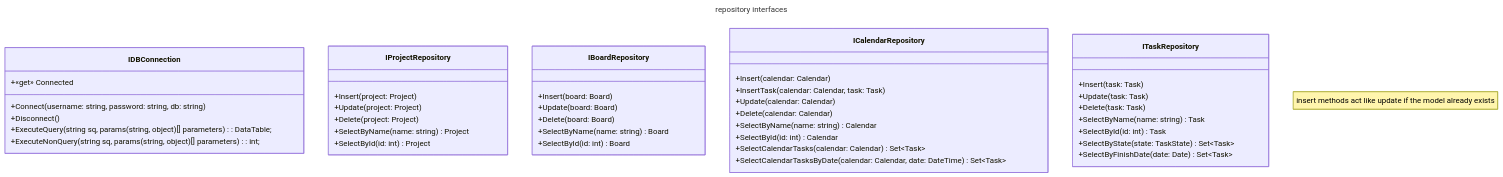
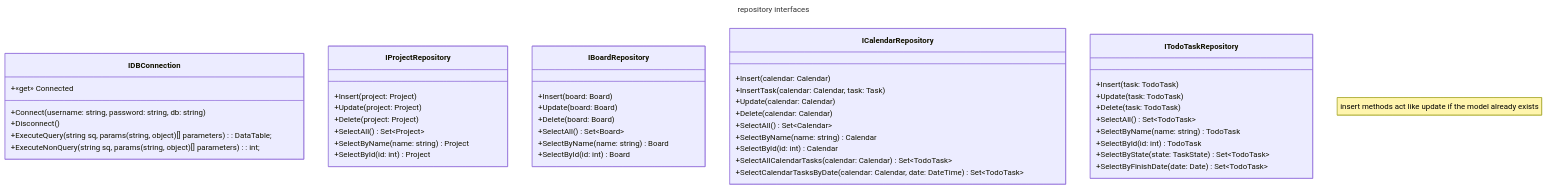
The diagram in docs/uml/Domain/Repository.md (tadeas223/todo_list), drawn with Mermaid before and after one commit. The commit also changed 7 other files, not shown here.

Commit message:
renamed Task to TodoTask

````diff
--- a/docs/uml/Domain/Repository.md
+++ b/docs/uml/Domain/Repository.md
@@ -1,67 +1,71 @@
 ```mermaid
 ---
 title: repository interfaces
 ---
 
 classDiagram
 
     class IDBConnection
     class IProjectRepository
     class IBoardRepository
     class ICalendarRepository
-    class ITaskRepository
+    class ITodoTaskRepository
 
     note "insert methods act like update if the model already exists"
 
     class IDBConnection {
         +«get» Connected
         +Connect(username: string, password: string, db: string)
         +Disconnect()
         +ExecuteQuery(string sq, params (string, object)[] parameters): DataTable;
         +ExecuteNonQuery(string sq, params (string, object)[] parameters): int;
     }
 
     class IProjectRepository {
         +Insert(project: Project)
         +Update(project: Project)
         +Delete(project: Project)
 
+        +SelectAll() Set~Project~
         +SelectByName(name: string) Project
         +SelectById(id: int) Project
     }
     
     class IBoardRepository {
         +Insert(board: Board)
         +Update(board: Board)
         +Delete(board: Board)
 
+        +SelectAll() Set~Board~
         +SelectByName(name: string) Board
         +SelectById(id: int) Board
     }
     
     class ICalendarRepository {
         +Insert(calendar: Calendar)
         +InsertTask(calendar: Calendar, task: Task)
 
         +Update(calendar: Calendar)
         +Delete(calendar: Calendar)
 
+        +SelectAll() Set~Calendar~
         +SelectByName(name: string) Calendar
         +SelectById(id: int) Calendar
 
-        +SelectCalendarTasks(calendar: Calendar) Set~Task~
-        +SelectCalendarTasksByDate(calendar: Calendar, date: DateTime) Set~Task~
+        +SelectAllCalendarTasks(calendar: Calendar) Set~TodoTask~
+        +SelectCalendarTasksByDate(calendar: Calendar, date: DateTime) Set~TodoTask~
     }
     
-    class ITaskRepository {
-        +Insert(task: Task)
-        +Update(task: Task)
-        +Delete(task: Task)
+    class ITodoTaskRepository {
+        +Insert(task: TodoTask)
+        +Update(task: TodoTask)
+        +Delete(task: TodoTask)
 
-        +SelectByName(name: string) Task
-        +SelectById(id: int) Task
-        +SelectByState(state: TaskState) Set~Task~
-        +SelectByFinishDate(date: Date) Set~Task~
+        +SelectAll() Set~TodoTask~
+        +SelectByName(name: string) TodoTask
+        +SelectById(id: int) TodoTask
+        +SelectByState(state: TaskState) Set~TodoTask~
+        +SelectByFinishDate(date: Date) Set~TodoTask~
     }
 
 ```
````
